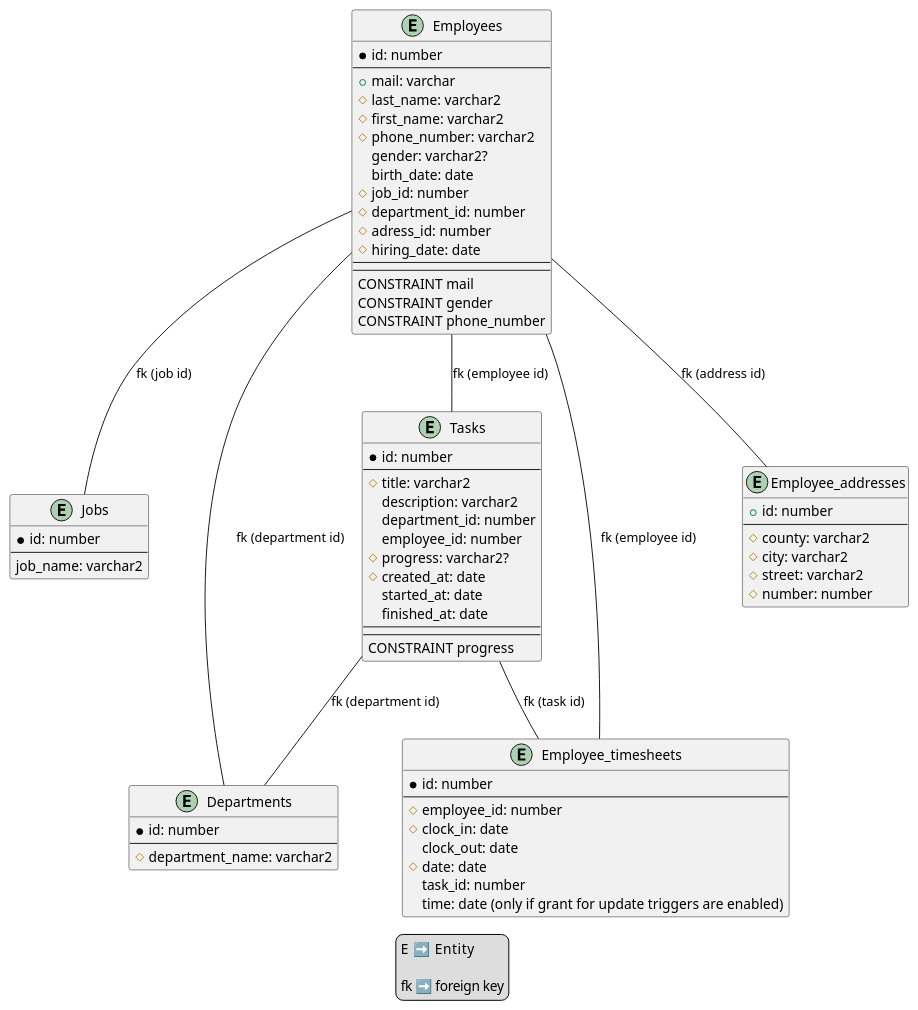
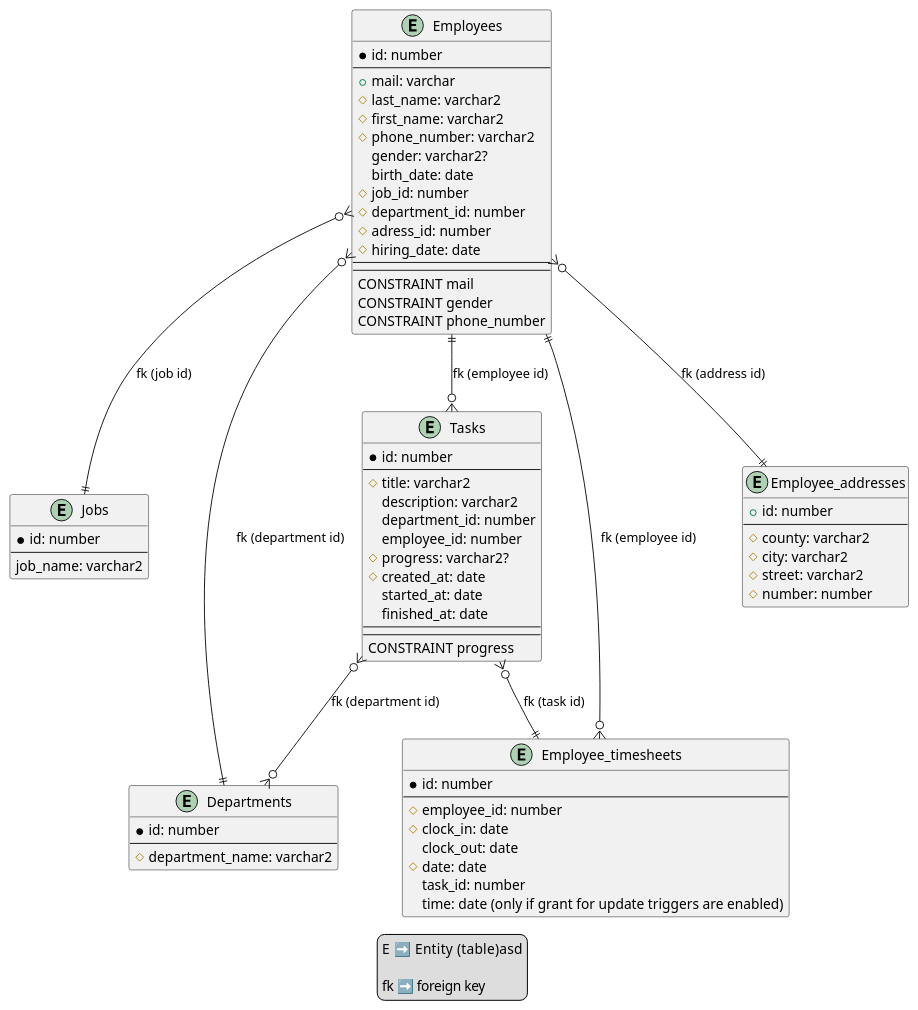
Before and after one commit to BalteiVasile/db-auto-service-project: the diagram in diagrams/diagram.puml, drawn with PlantUML.

Commit message:
[Diagrams] Describe the links between tables

```diff
--- a/diagrams/diagram.puml
+++ b/diagrams/diagram.puml
@@ -1,91 +1,91 @@
 @startuml auto_service
 
 entity Employees
 {
   *id: number
   --
   +mail: varchar
   #last_name: varchar2
   #first_name: varchar2
   #phone_number: varchar2
   gender: varchar2?
   birth_date: date
   #job_id: number
   #department_id: number
   #adress_id: number
   #hiring_date: date
   --
   --
   CONSTRAINT mail
   CONSTRAINT gender
   CONSTRAINT phone_number
 }
 
 entity Jobs
 {
   *id: number
   --
   job_name: varchar2
 }
 
 entity Departments
 {
   *id: number
   --
   #department_name: varchar2 
 }
 
 entity Tasks
 {
   *id: number
   --
   #title: varchar2
   description: varchar2
   department_id: number
   employee_id: number
   #progress: varchar2?
   #created_at: date
   started_at: date
   finished_at: date
   --
   --
   CONSTRAINT progress
 }
 
 entity Employee_timesheets
 {
   *id: number
   --
   #employee_id: number
   #clock_in: date
   clock_out: date
   #date: date
   task_id: number
   time: date (only if grant for update triggers are enabled)
 }
 
 entity Employee_addresses
 {
   +id: number
   --
   #county: varchar2
   #city: varchar2
   #street: varchar2
   #number: number
 }
 
-Employees -- Jobs: "fk (job id)"
-Employees -- Employee_addresses: "fk (address id)"
-Employees -- Departments: "fk (department id)"
-Employees -- Employee_timesheets: "fk (employee id)"
-Employees -- Tasks: "fk (employee id)"
-Tasks -- Departments: "fk (department id)"
-Tasks -- Employee_timesheets: "fk (task id)"
+Employees }o--|| Jobs: "fk (job id)"
+Employees }o--|| Employee_addresses: "fk (address id)"
+Employees }o--|| Departments: "fk (department id)"
+Employees ||--o{ Employee_timesheets: "fk (employee id)"
+Employees ||--o{ Tasks: "fk (employee id)"
+Tasks }o--o{ Departments: "fk (department id)"
+Tasks }o--|| Employee_timesheets: "fk (task id)"
 
 legend
-  E    ➡️ Entity
+  E    ➡️ Entity (table)asd
 
   fk ➡️ foreign key
 endlegend
 
 @enduml
```
